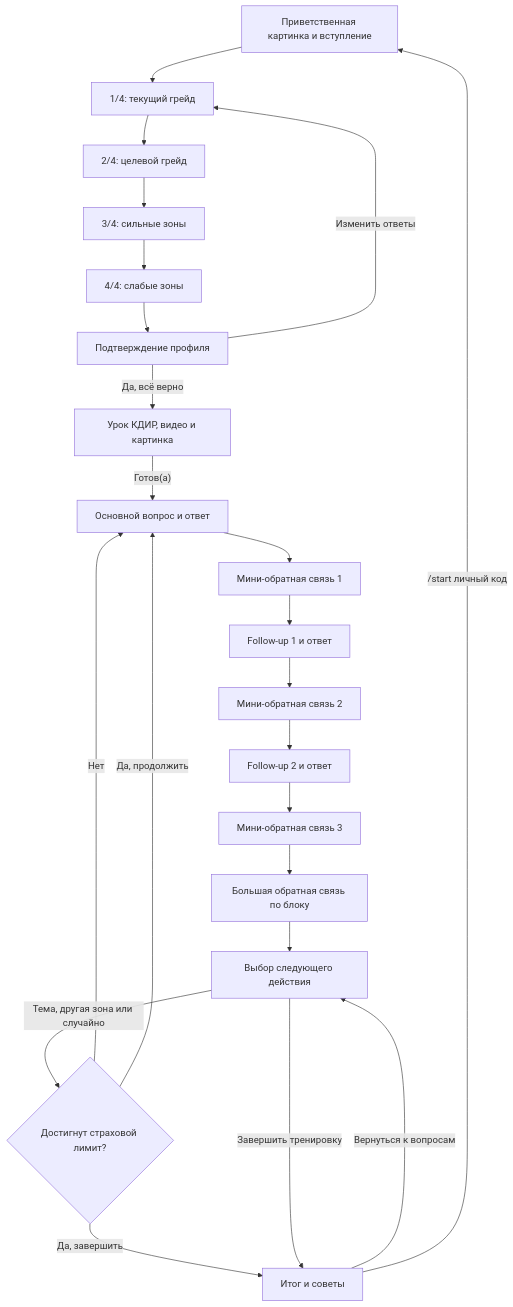
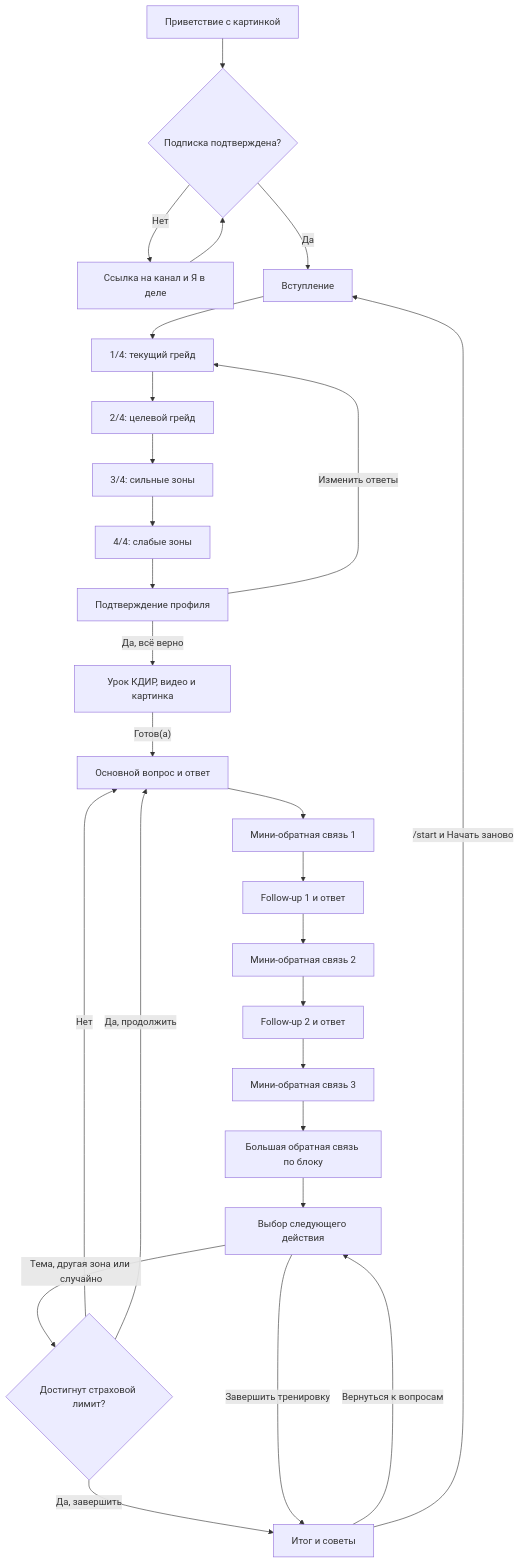
The diagram in materials/workflow-new.md (CodeHunt7/sa-hr-bot), drawn with Mermaid before and after one commit. The commit also changed other lines of this file and 19 other files, not shown here.

````diff
--- a/materials/workflow-new.md
+++ b/materials/workflow-new.md
@@ -289,25 +297,29 @@
 ```mermaid
 flowchart TD
-    I["Приветственная картинка и вступление"] --> Q1["1/4: текущий грейд"]
+    W["Приветствие с картинкой"] --> G{"Подписка подтверждена?"}
+    G -->|"Нет"| R["Ссылка на канал и Я в деле"]
+    R --> G
+    G -->|"Да"| I["Вступление"]
+    I --> Q1["1/4: текущий грейд"]
     Q1 --> Q2["2/4: целевой грейд"]
     Q2 --> Q3["3/4: сильные зоны"]
     Q3 --> Q4["4/4: слабые зоны"]
     Q4 --> C["Подтверждение профиля"]
     C -->|"Изменить ответы"| Q1
     C -->|"Да, всё верно"| K["Урок КДИР, видео и картинка"]
     K -->|"Готов(а)"| P1["Основной вопрос и ответ"]
     P1 --> F1["Мини-обратная связь 1"]
     F1 --> P2["Follow-up 1 и ответ"]
     P2 --> F2["Мини-обратная связь 2"]
     F2 --> P3["Follow-up 2 и ответ"]
     P3 --> F3["Мини-обратная связь 3"]
     F3 --> BF["Большая обратная связь по блоку"]
     BF --> V["Выбор следующего действия"]
     V -->|"Тема, другая зона или случайно"| L{"Достигнут страховой лимит?"}
     L -->|"Нет"| P1
     L -->|"Да, продолжить"| P1
     L -->|"Да, завершить"| S
     V -->|"Завершить тренировку"| S["Итог и советы"]
     S -->|"Вернуться к вопросам"| V
-    S -->|"/start личный код"| I
+    S -->|"/start и Начать заново"| I
 ```
````
